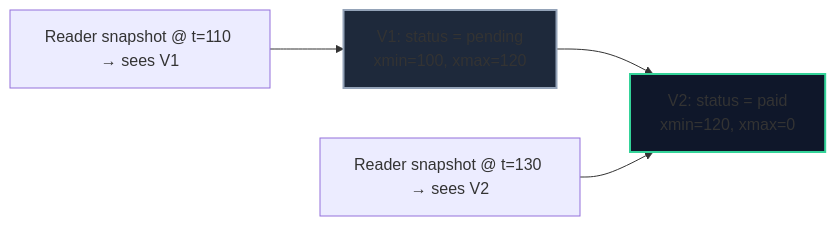
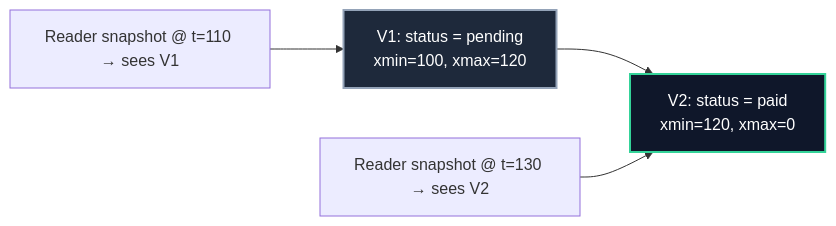
One commit to 1345AbhishekKumar/cs-cookbook changed the diagram in content/docs/postgresql/03-transactions-and-safety/02-mvcc-vacuum-and-bloat.mdx. Above: the diagram before and after it, drawn with Mermaid. The commit also changed 80 other files, not shown here.

````diff
--- a/content/docs/postgresql/03-transactions-and-safety/02-mvcc-vacuum-and-bloat.mdx
+++ b/content/docs/postgresql/03-transactions-and-safety/02-mvcc-vacuum-and-bloat.mdx
@@ -17,9 +17,9 @@
 ```mermaid
 flowchart LR
     V1["V1: status = pending<br/>xmin=100, xmax=120"] --> V2["V2: status = paid<br/>xmin=120, xmax=0"]
     R1["Reader snapshot @ t=110 → sees V1"] --> V1
     R2["Reader snapshot @ t=130 → sees V2"] --> V2
 
-    style V1 fill:#1e293b,stroke:#94a3b8,stroke-width:2px
-    style V2 fill:#0f172a,stroke:#34d399,stroke-width:2px
+    style V1 fill:#1e293b,stroke:#94a3b8,stroke-width:2px,color:#ffffff
+    style V2 fill:#0f172a,stroke:#34d399,stroke-width:2px,color:#ffffff
 ```
````
